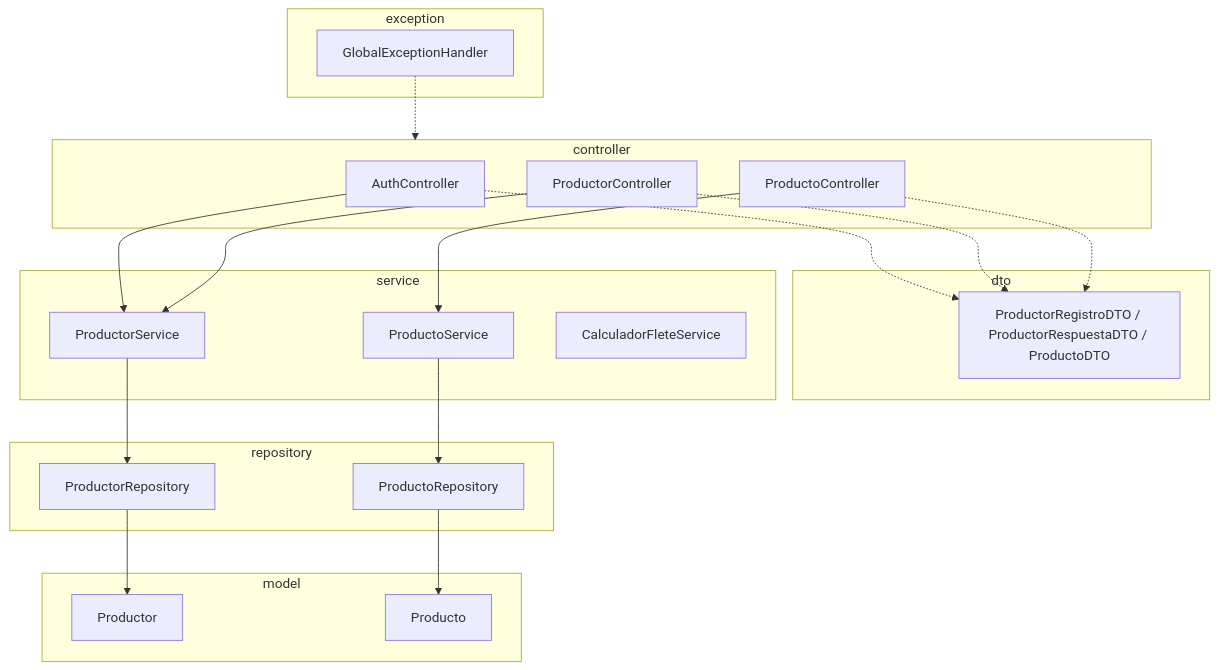
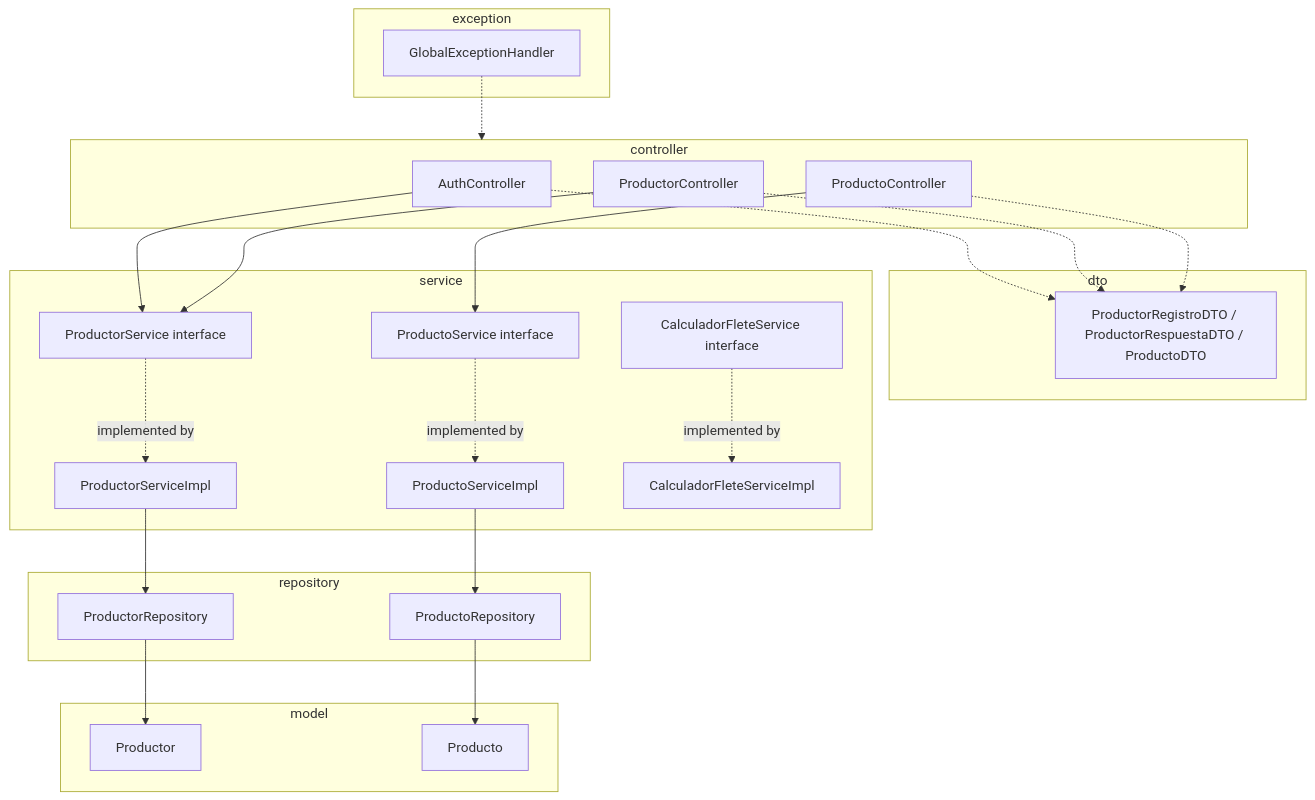
The third of 3 diagrams in docs/diseno/diagramas-comportamiento-componentes.md (lexoday/agrovalle-connect), drawn with Mermaid before and after one commit. The commit also changed other lines of this file and 41 other files, not shown here.

````diff
--- a/docs/diseno/diagramas-comportamiento-componentes.md
+++ b/docs/diseno/diagramas-comportamiento-componentes.md
@@ -52,38 +59,44 @@
 ```mermaid
 flowchart TB
     subgraph controller
         AC[AuthController]
         PC[ProductorController]
         PRC[ProductoController]
     end
     subgraph dto
         DTO[ProductorRegistroDTO / ProductorRespuestaDTO / ProductoDTO]
     end
     subgraph service
-        PS[ProductorService]
-        PRS[ProductoService]
-        CF[CalculadorFleteService]
+        PS[ProductorService interface]
+        PSI[ProductorServiceImpl]
+        PRS[ProductoService interface]
+        PRSI[ProductoServiceImpl]
+        CF[CalculadorFleteService interface]
+        CFI[CalculadorFleteServiceImpl]
     end
     subgraph repository
         R1[ProductorRepository]
         R2[ProductoRepository]
     end
     subgraph model
         M1[Productor]
         M2[Producto]
     end
     subgraph exception
         EX[GlobalExceptionHandler]
     end
     AC --> PS
     PC --> PS
     PRC --> PRS
-    PS --> R1
-    PRS --> R2
+    PS -.implemented by.-> PSI
+    PRS -.implemented by.-> PRSI
+    CF -.implemented by.-> CFI
+    PSI --> R1
+    PRSI --> R2
     R1 --> M1
     R2 --> M2
     AC -.-> DTO
     PC -.-> DTO
     PRC -.-> DTO
     EX -.-> controller
 ```
````
